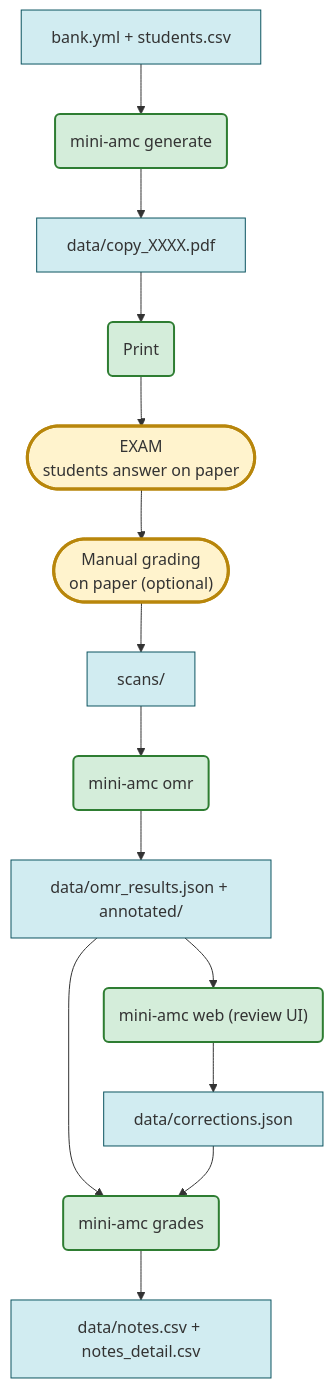
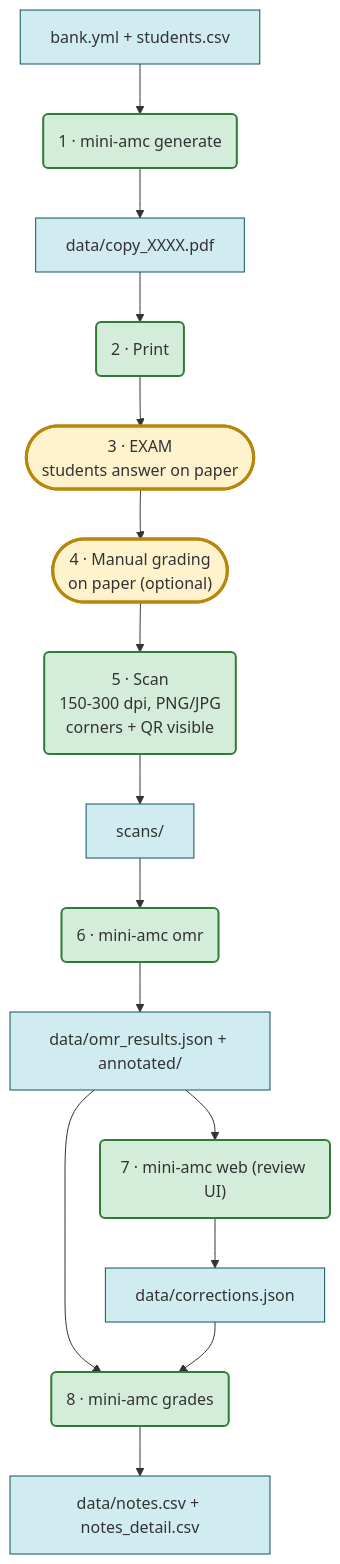
Before and after one commit to boileaum/mini-amc: the diagram in README.md, drawn with Mermaid. The commit also changed 6 other files, not shown here.

First line of the commit message:
docs: numbered pipeline with scan step, math/code in bank, Furo source icons

````diff
--- a/README.md
+++ b/README.md
@@ -32,21 +32,22 @@
 ```mermaid
 flowchart TD
   classDef exam fill:#fff3cd,stroke:#b8860b,stroke-width:3px
   classDef tool fill:#d4edda,stroke:#2e7d32,stroke-width:2px
   classDef data fill:#d1ecf1,stroke:#0c5460
 
   bank["bank.yml + students.csv"]:::data
-  bank --> gen("mini-amc generate"):::tool
+  bank --> gen("1 · mini-amc generate"):::tool
   gen --> pdf["data/copy_XXXX.pdf"]:::data
-  pdf --> print("Print"):::tool
-  print --> exam(["EXAM<br/>students answer on paper"]):::exam
-  exam --> manual(["Manual grading<br/>on paper (optional)"]):::exam
-  manual --> scans["scans/"]:::data
-  scans --> omr("mini-amc omr"):::tool
+  pdf --> print("2 · Print"):::tool
+  print --> exam(["3 · EXAM<br/>students answer on paper"]):::exam
+  exam --> manual(["4 · Manual grading<br/>on paper (optional)"]):::exam
+  manual --> scan("5 · Scan<br/>150-300 dpi, PNG/JPG<br/>corners + QR visible"):::tool
+  scan --> scans["scans/"]:::data
+  scans --> omr("6 · mini-amc omr"):::tool
   omr --> res["data/omr_results.json + annotated/"]:::data
-  res --> web("mini-amc web (review UI)"):::tool
-  res --> grades("mini-amc grades"):::tool
+  res --> web("7 · mini-amc web (review UI)"):::tool
+  res --> grades("8 · mini-amc grades"):::tool
   web --> corr["data/corrections.json"]:::data
   corr --> grades
   grades --> notes["data/notes.csv + notes_detail.csv"]:::data
 ```
````
